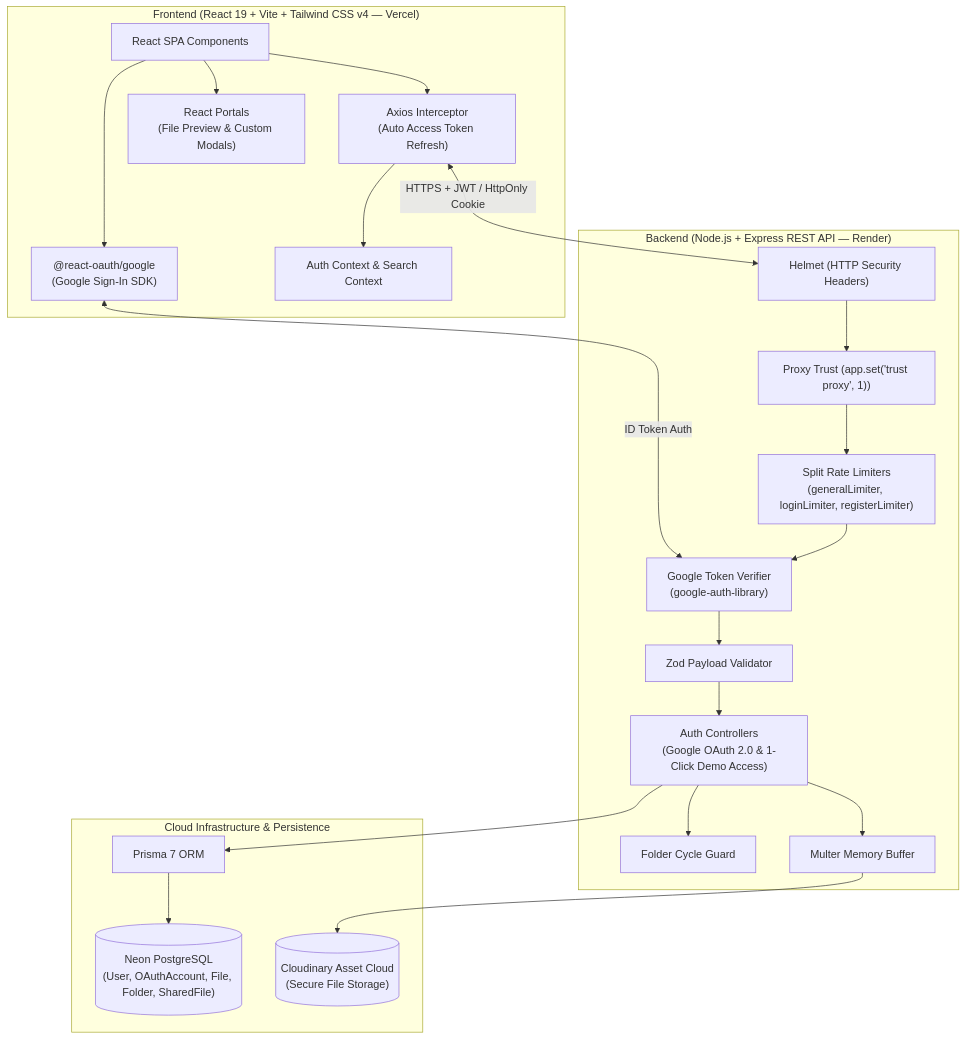
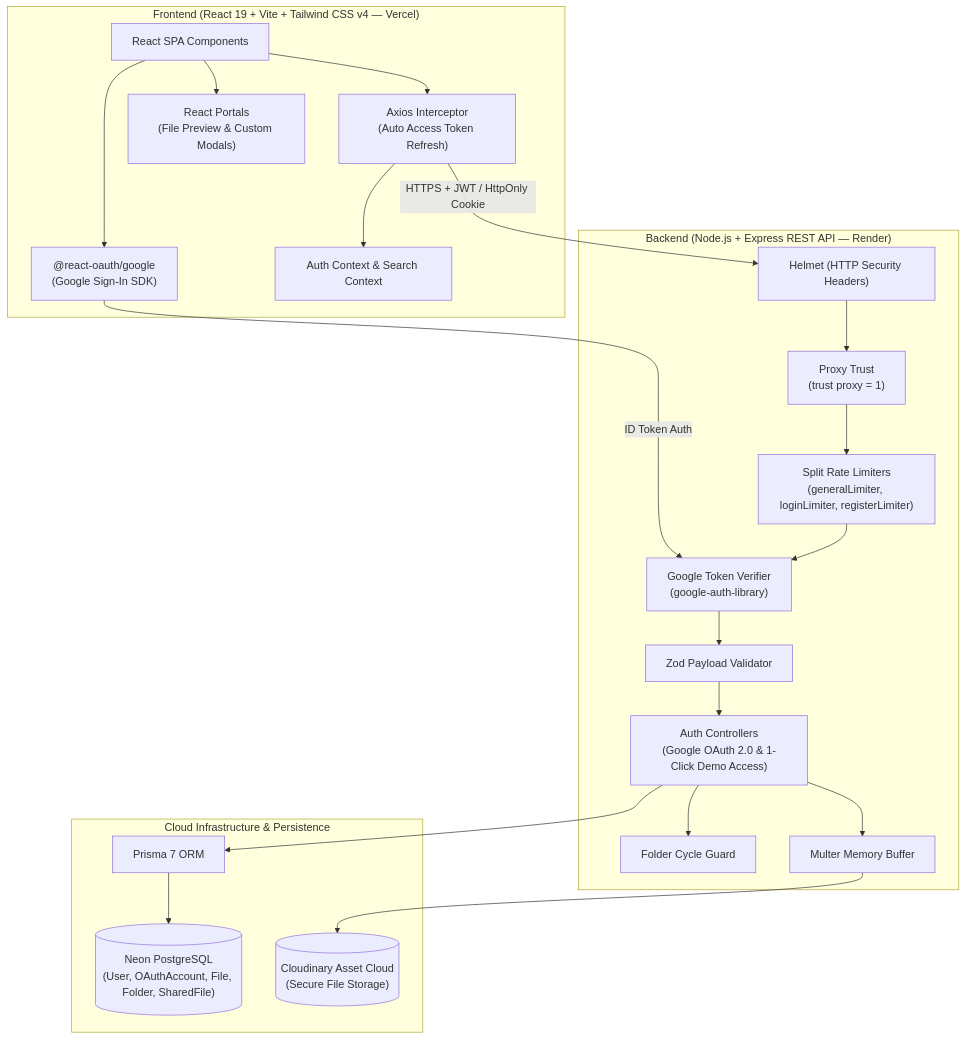
Before and after one commit to SahilSameer18/vaultDrive: the diagram in README.md, drawn with Mermaid. The commit also changed other lines of this file, not shown here.

Commit message:
fix(docs): repair github mermaid diagram rendering syntax

````diff
--- a/README.md
+++ b/README.md
@@ -35,46 +35,46 @@
 ```mermaid
 flowchart TD
     subgraph Client ["Frontend (React 19 + Vite + Tailwind CSS v4 — Vercel)"]
         UI["React SPA Components"]
         AXIOS["Axios Interceptor\n(Auto Access Token Refresh)"]
         GOOGLE_SDK["@react-oauth/google\n(Google Sign-In SDK)"]
         STORE["Auth Context & Search Context"]
         PORTAL["React Portals\n(File Preview & Custom Modals)"]
         UI --> AXIOS
         UI --> GOOGLE_SDK
         AXIOS --> STORE
         UI --> PORTAL
     end
 
     subgraph Server ["Backend (Node.js + Express REST API — Render)"]
         HELMET["Helmet (HTTP Security Headers)"]
-        PROXY["Proxy Trust (app.set('trust proxy', 1))"]
+        PROXY["Proxy Trust\n(trust proxy = 1)"]
         AUTH_MW["Split Rate Limiters\n(generalLimiter, loginLimiter, registerLimiter)"]
         GOOGLE_VERIFIER["Google Token Verifier\n(google-auth-library)"]
         VALIDATOR["Zod Payload Validator"]
         CONTROLLER["Auth Controllers\n(Google OAuth 2.0 & 1-Click Demo Access)"]
         CYCLE_GUARD["Folder Cycle Guard"]
         MULTER["Multer Memory Buffer"]
 
         HELMET --> PROXY
         PROXY --> AUTH_MW
         AUTH_MW --> GOOGLE_VERIFIER
         GOOGLE_VERIFIER --> VALIDATOR
         VALIDATOR --> CONTROLLER
         CONTROLLER --> CYCLE_GUARD
         CONTROLLER --> MULTER
     end
 
     subgraph Infrastructure ["Cloud Infrastructure & Persistence"]
         PRISMA["Prisma 7 ORM"]
         NEON[("Neon PostgreSQL\n(User, OAuthAccount, File, Folder, SharedFile)")]
         CLOUDINARY[("Cloudinary Asset Cloud\n(Secure File Storage)")]
 
         PRISMA --> NEON
         MULTER --> CLOUDINARY
         CONTROLLER --> PRISMA
     end
 
-    GOOGLE_SDK <-->|ID Token Auth| GOOGLE_VERIFIER
-    AXIOS <-->|HTTPS + JWT / HttpOnly Cookie| HELMET
+    GOOGLE_SDK -->|ID Token Auth| GOOGLE_VERIFIER
+    AXIOS -->|HTTPS + JWT / HttpOnly Cookie| HELMET
 ```
````
